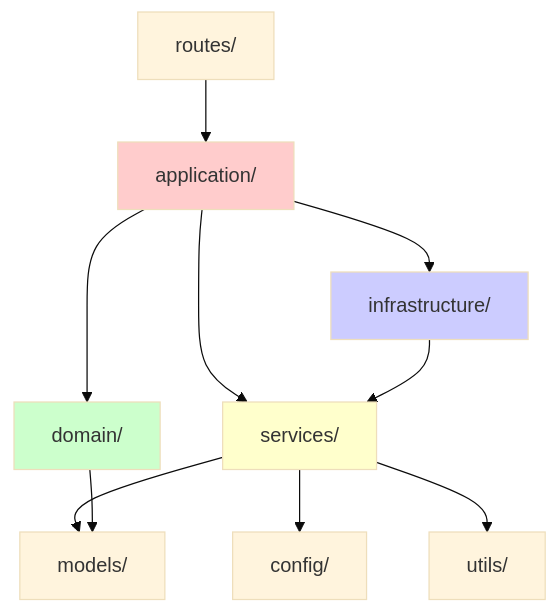
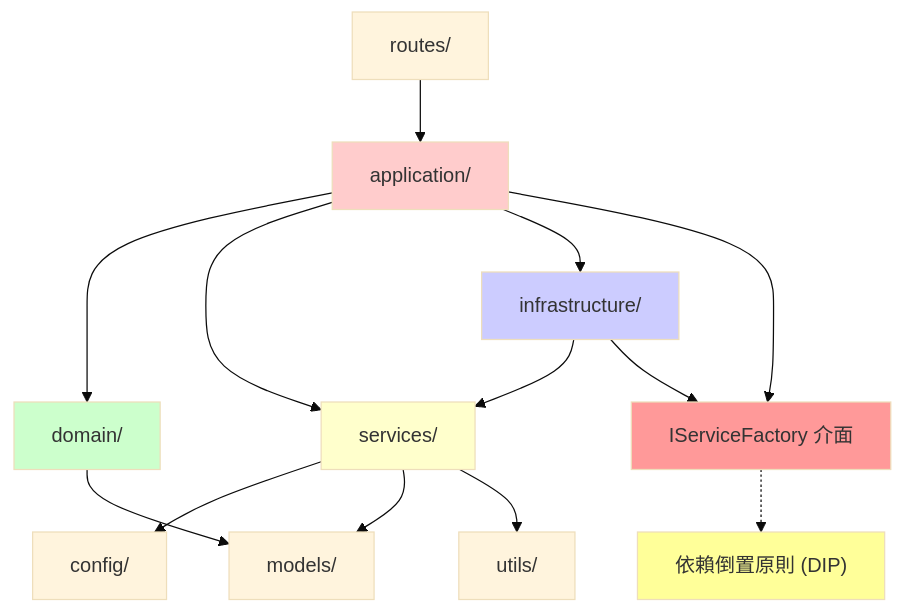
Before and after one commit to p8552015/lineMCP: the diagram in README.md, drawn with Mermaid (base theme). The commit also changed other lines of this file and 107 other files, not shown here.

````diff
--- a/README.md
+++ b/README.md
@@ -143,17 +145,24 @@
 ```mermaid
 graph TD
     A[routes/] --> B[application/]
     B --> C[domain/]
     B --> D[services/]
     B --> E[infrastructure/]
     D --> F[config/]
     D --> G[models/]
     D --> H[utils/]
     E --> D
     C --> G
     
+    %% 依賴倒置原則實現
+    B --> I[IServiceFactory 介面]
+    E --> I
+    I -.-> J["依賴倒置原則 (DIP)"]
+    
     style B fill:#ffcccc
     style C fill:#ccffcc  
     style E fill:#ccccff
     style D fill:#ffffcc
+    style I fill:#ff9999
+    style J fill:#ffff99
 ```
````
